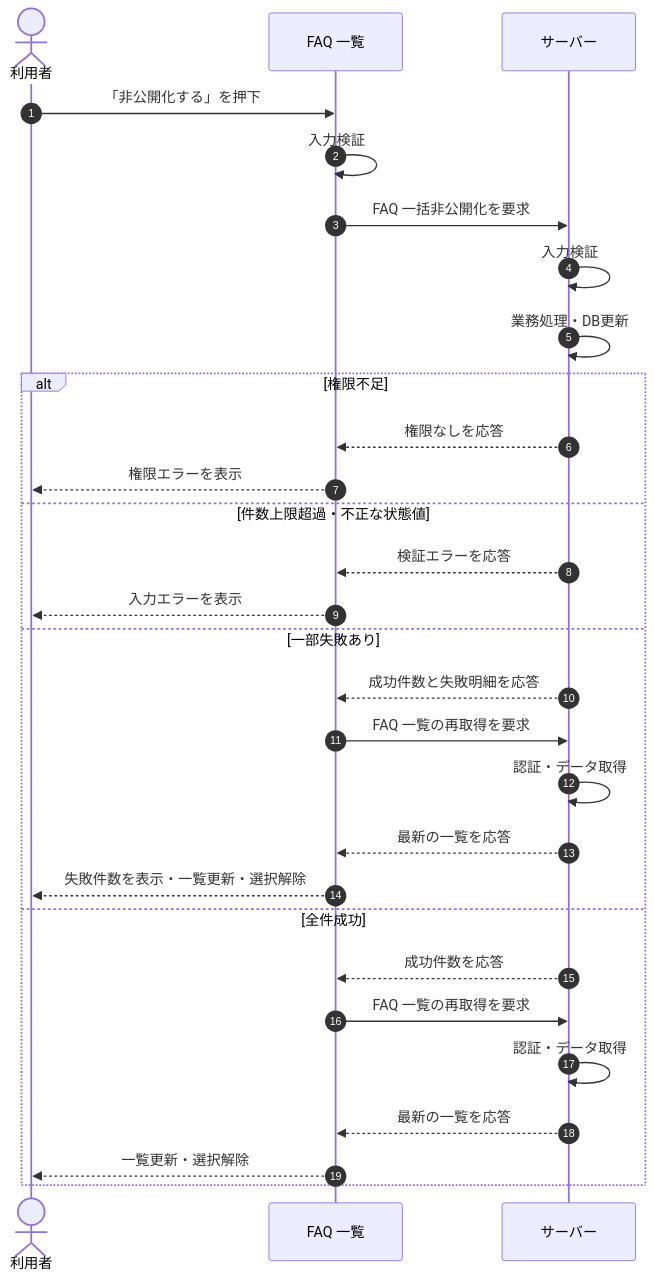
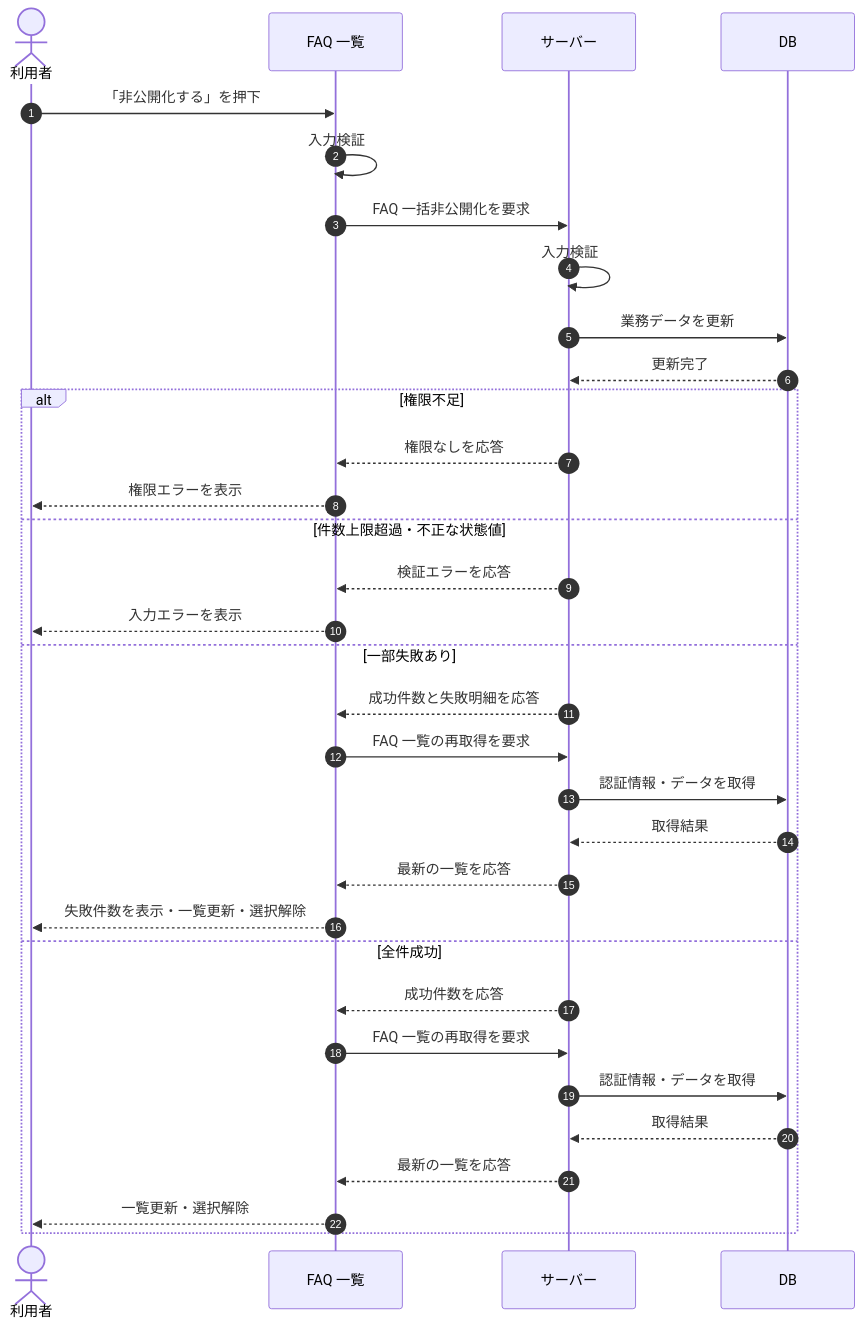
Before and after one commit to sikakou54/open-faq: the diagram in 02_basic_design/03_sequences/SEQ-029.md, drawn with Mermaid. The commit also changed other lines of this file and 122 other files, not shown here.

First line of the commit message:
シーケンス図に DB アクターを追加(DB 操作をサーバー自己メッセージから分離)

````diff
--- a/02_basic_design/03_sequences/SEQ-029.md
+++ b/02_basic_design/03_sequences/SEQ-029.md
@@ -26,31 +26,35 @@
 ```mermaid
 sequenceDiagram
   autonumber
   actor U as 利用者
   participant Screen as FAQ 一覧
   participant Server as サーバー
+  participant DB as DB
   U->>Screen: 「非公開化する」を押下
   Screen->>Screen: 入力検証
   Screen->>Server: FAQ 一括非公開化を要求
   Server->>Server: 入力検証
-  Server->>Server: 業務処理・DB更新
+  Server->>DB: 業務データを更新
+  DB-->>Server: 更新完了
   alt 権限不足
     Server-->>Screen: 権限なしを応答
     Screen-->>U: 権限エラーを表示
   else 件数上限超過・不正な状態値
     Server-->>Screen: 検証エラーを応答
     Screen-->>U: 入力エラーを表示
   else 一部失敗あり
     Server-->>Screen: 成功件数と失敗明細を応答
     Screen->>Server: FAQ 一覧の再取得を要求
-    Server->>Server: 認証・データ取得
+    Server->>DB: 認証情報・データを取得
+    DB-->>Server: 取得結果
     Server-->>Screen: 最新の一覧を応答
     Screen-->>U: 失敗件数を表示・一覧更新・選択解除
   else 全件成功
     Server-->>Screen: 成功件数を応答
     Screen->>Server: FAQ 一覧の再取得を要求
-    Server->>Server: 認証・データ取得
+    Server->>DB: 認証情報・データを取得
+    DB-->>Server: 取得結果
     Server-->>Screen: 最新の一覧を応答
     Screen-->>U: 一覧更新・選択解除
   end
 ```
````
